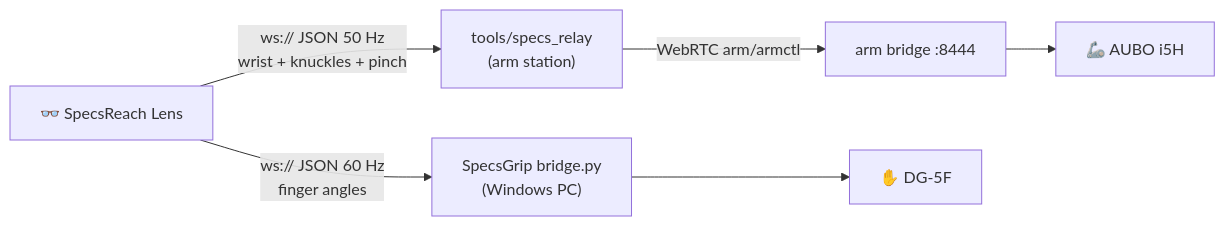
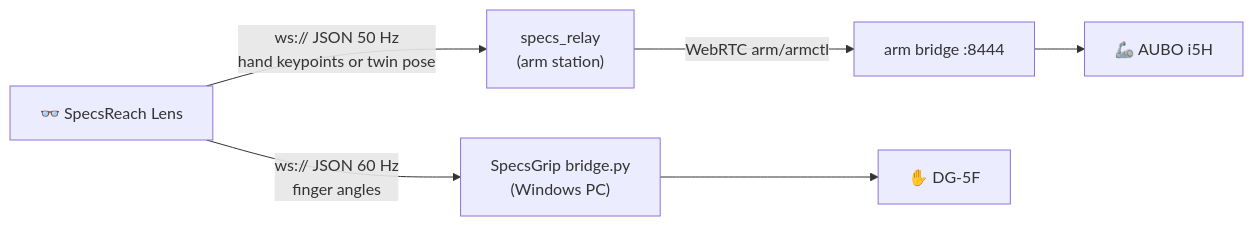
One commit to amirmohideen/SpecsReach changed the diagram in README.md. Above: the diagram before and after it, drawn with Mermaid. The commit also changed other lines of this file and 5623 other files, not shown here.

````diff
--- a/README.md
+++ b/README.md
@@ -15,7 +21,7 @@
 ```mermaid
 flowchart LR
   Lens["👓 SpecsReach Lens"]
-  Lens -->|"ws:// JSON 50 Hz<br>wrist + knuckles + pinch"| Relay["tools/specs_relay<br>(arm station)"]
+  Lens -->|"ws:// JSON 50 Hz<br>hand keypoints or twin pose"| Relay["specs_relay<br>(arm station)"]
   Relay -->|"WebRTC arm/armctl"| Bridge["arm bridge :8444"] --> Arm["🦾 AUBO i5H"]
   Lens -->|"ws:// JSON 60 Hz<br>finger angles"| HB["SpecsGrip bridge.py<br>(Windows PC)"] --> Hand["✋ DG-5F"]
 ```
````
